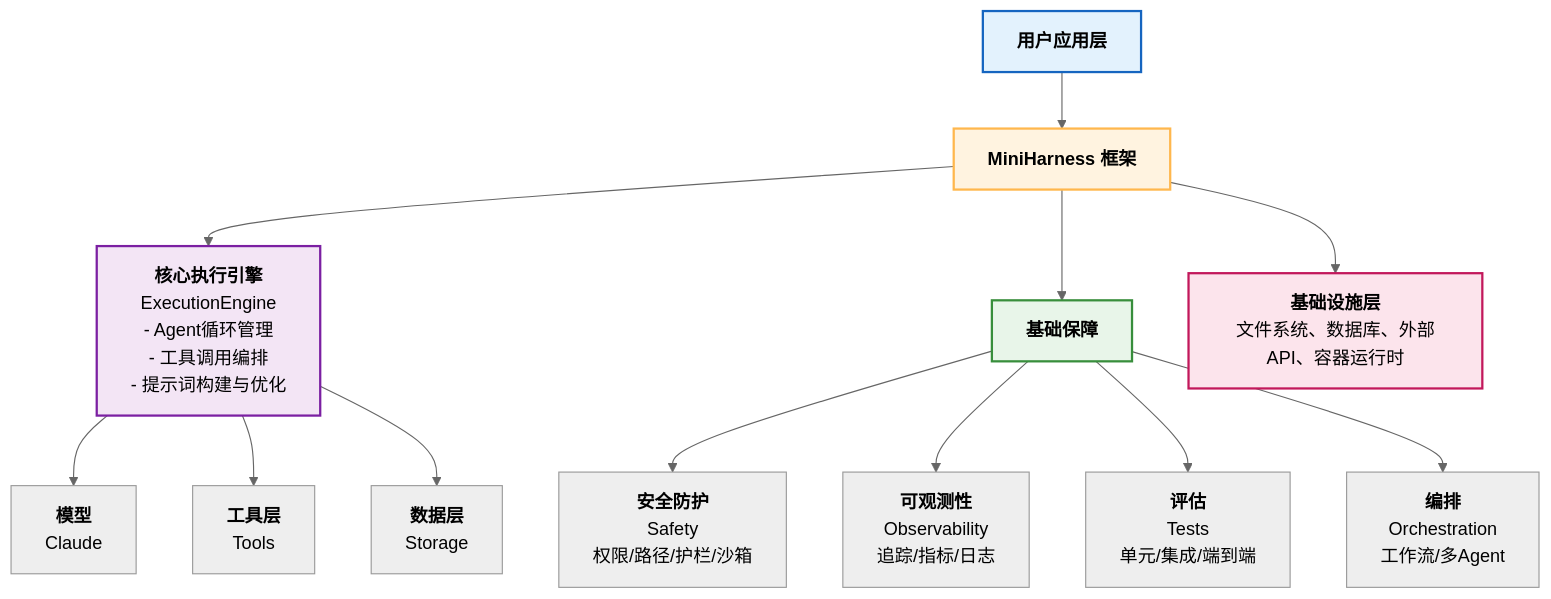
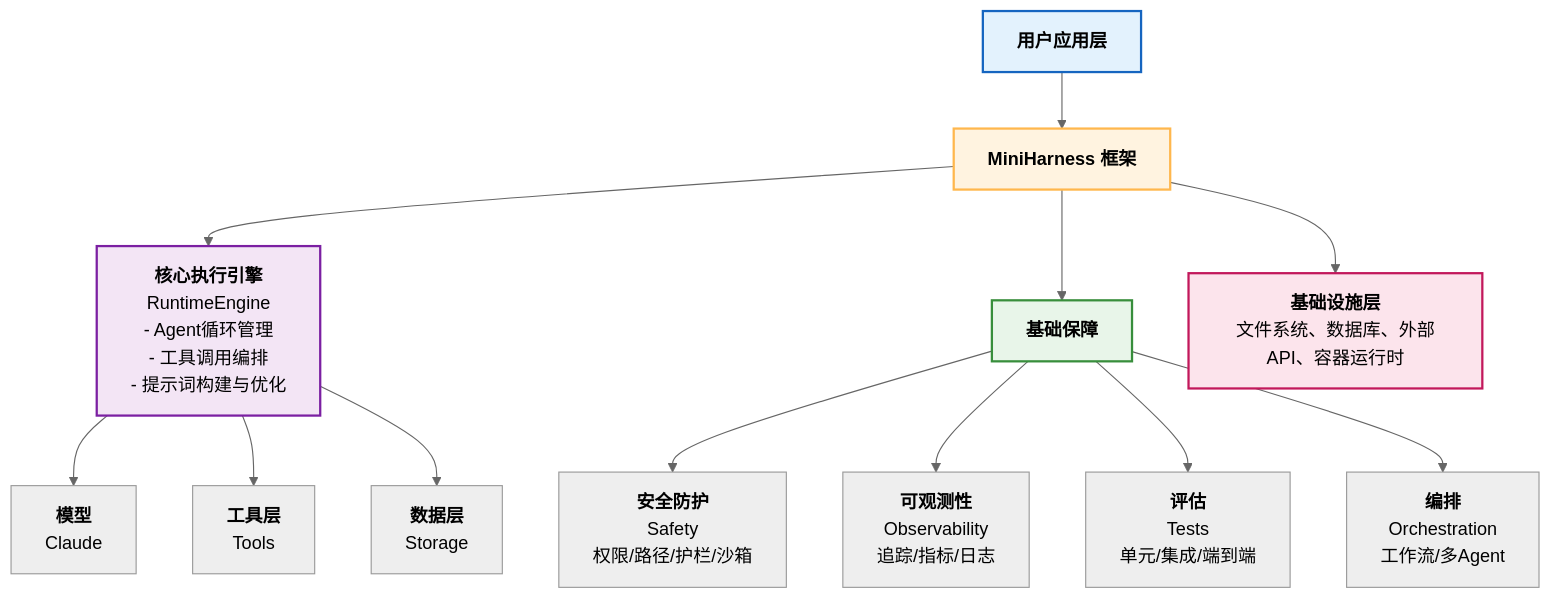
Before and after one commit to yeasy/harness_engineering_guide: the third of 3 diagrams in appendix/miniharness_index.md, drawn with Mermaid (neutral theme). The commit also changed other lines of this file and 16 other files, not shown here.

````diff
--- a/appendix/miniharness_index.md
+++ b/appendix/miniharness_index.md
@@ -462,25 +462,25 @@
 ```mermaid
 graph TD
     A["<b>用户应用层</b>"] --> B["<b>MiniHarness 框架</b>"]
 
-    B --> C["<b>核心执行引擎</b><br/>ExecutionEngine<br/>- Agent循环管理<br/>- 工具调用编排<br/>- 提示词构建与优化"]
+    B --> C["<b>核心执行引擎</b><br/>RuntimeEngine<br/>- Agent循环管理<br/>- 工具调用编排<br/>- 提示词构建与优化"]
 
     C --> D["<b>模型</b><br/>Claude"]
     C --> E["<b>工具层</b><br/>Tools"]
     C --> F["<b>数据层</b><br/>Storage"]
 
     B --> G["<b>基础保障</b>"]
 
     G --> G1["<b>安全防护</b><br/>Safety<br/>权限/路径/护栏/沙箱"]
     G --> G2["<b>可观测性</b><br/>Observability<br/>追踪/指标/日志"]
     G --> G3["<b>评估</b><br/>Tests<br/>单元/集成/端到端"]
     G --> G4["<b>编排</b><br/>Orchestration<br/>工作流/多Agent"]
 
     B --> H["<b>基础设施层</b><br/>文件系统、数据库、外部API、容器运行时"]
 
     style A fill:#e3f2fd,stroke:#1565c0,stroke-width:2px
     style B fill:#fff3e0,stroke:#ffb74d,stroke-width:2px
     style C fill:#f3e5f5,stroke:#7b1fa2,stroke-width:2px
     style G fill:#e8f5e9,stroke:#388e3c,stroke-width:2px
     style H fill:#fce4ec,stroke:#c2185b,stroke-width:2px
 ```
````
